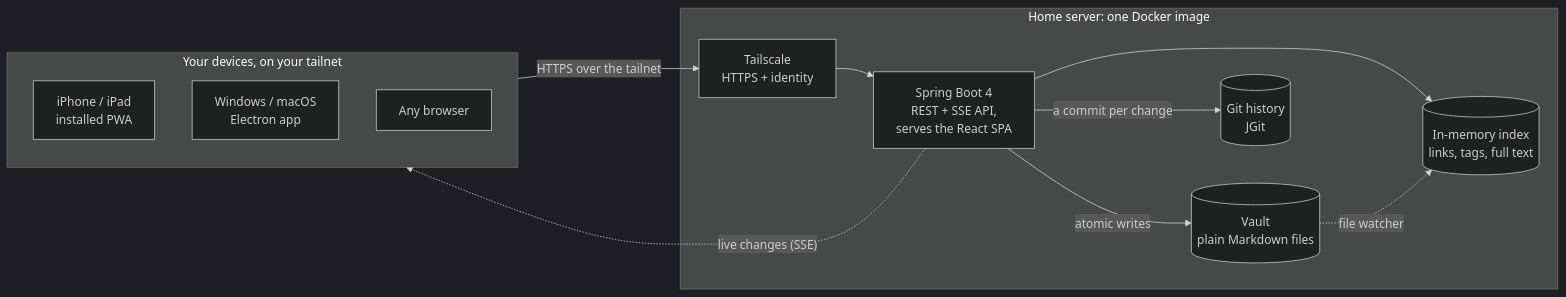
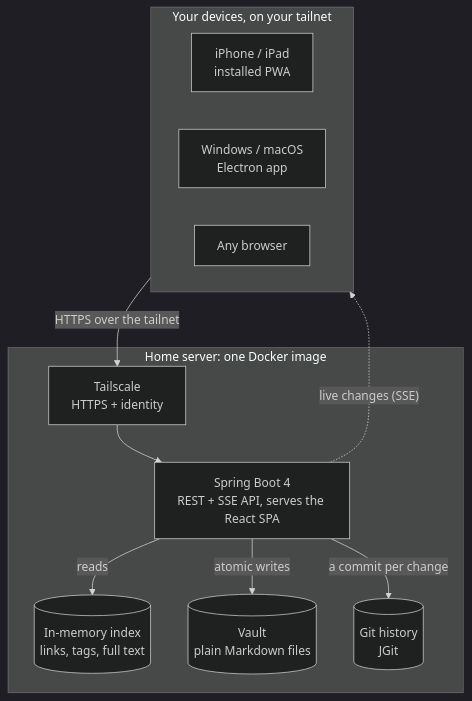
Before and after one commit to rjgehan/Voyager: the diagram in README.md, drawn with Mermaid (dark theme). The commit also changed 3 other files, not shown here.

First line of the commit message:
README: the architecture diagram reads top to bottom; issue templates for bugs and ideas

````diff
--- a/README.md
+++ b/README.md
@@ -57,21 +57,21 @@
 ```mermaid
-flowchart LR
+flowchart TB
     subgraph devices["Your devices, on your tailnet"]
+        direction LR
         phone["iPhone / iPad<br/>installed PWA"]
         desk["Windows / macOS<br/>Electron app"]
         web["Any browser"]
     end
     subgraph server["Home server: one Docker image"]
         ts["Tailscale<br/>HTTPS + identity"]
-        api["Spring Boot 4<br/>REST + SSE API,<br/>serves the React SPA"]
+        api["Spring Boot 4<br/>REST + SSE API, serves the React SPA"]
         index[("In-memory index<br/>links, tags, full text")]
         vault[("Vault<br/>plain Markdown files")]
         git[("Git history<br/>JGit")]
     end
     devices -- "HTTPS over the tailnet" --> ts --> api
-    api --> index
+    api -- "reads" --> index
     api -- "atomic writes" --> vault
     api -- "a commit per change" --> git
-    vault -. "file watcher" .-> index
     api -. "live changes (SSE)" .-> devices
 ```
````
